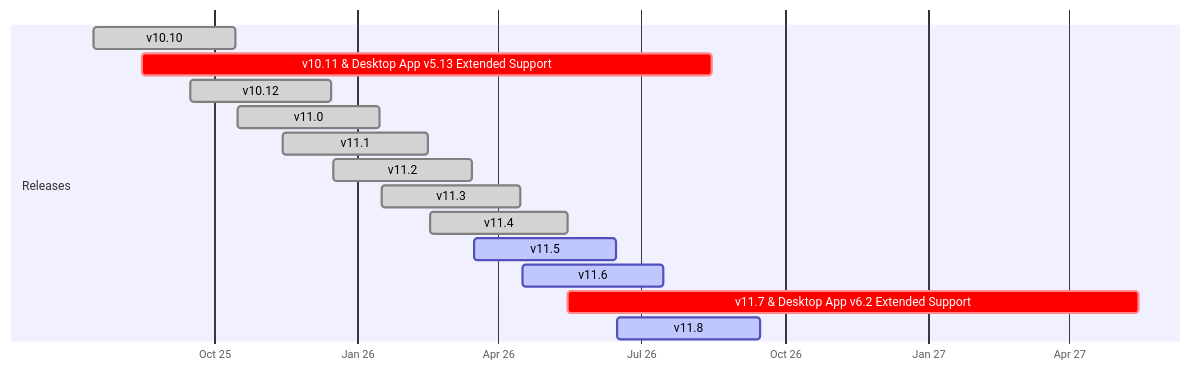
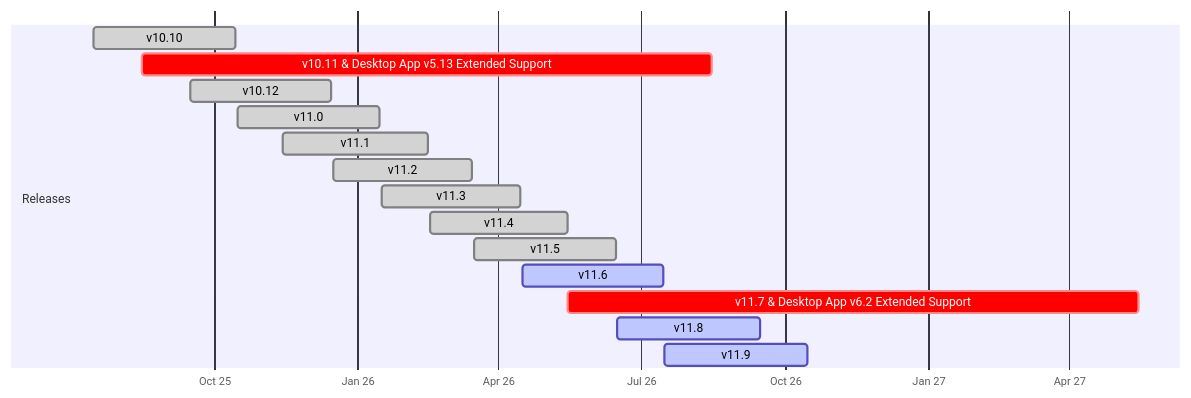
Before and after one commit to mattermost/docs: the diagram in source/product-overview/release-policy.md, drawn with Mermaid. The commit also changed 5 other files, not shown here.

````diff
--- a/source/product-overview/release-policy.md
+++ b/source/product-overview/release-policy.md
@@ -44,20 +44,21 @@
 ```{mermaid}
 
 gantt
     dateFormat  YYYY-MM-DD
     axisFormat  %b %y
 
     section Releases
     v10.10                 :done, 2025-07-16, 2025-10-15
     v10.11 & Desktop App v5.13 Extended Support :crit,    2025-08-16, 2026-08-15
     v10.12                 :done, 2025-09-16, 2025-12-15
     v11.0                  :done, 2025-10-16, 2026-01-15
     v11.1                  :done, 2025-11-14, 2026-02-15
     v11.2                  :done, 2025-12-16, 2026-03-15
     v11.3                  :done, 2026-01-16, 2026-04-15
     v11.4                  :done, 2026-02-16, 2026-05-15
-    v11.5                  :active, 2026-03-16, 2026-06-15
+    v11.5                  :done, 2026-03-16, 2026-06-15
     v11.6                  :active, 2026-04-16, 2026-07-15
     v11.7 & Desktop App v6.2 Extended Support :crit,    2026-05-15, 2027-05-15
     v11.8                  :active, 2026-06-16, 2026-09-15
+    v11.9                  :active, 2026-07-16, 2026-10-15
 ```
````
